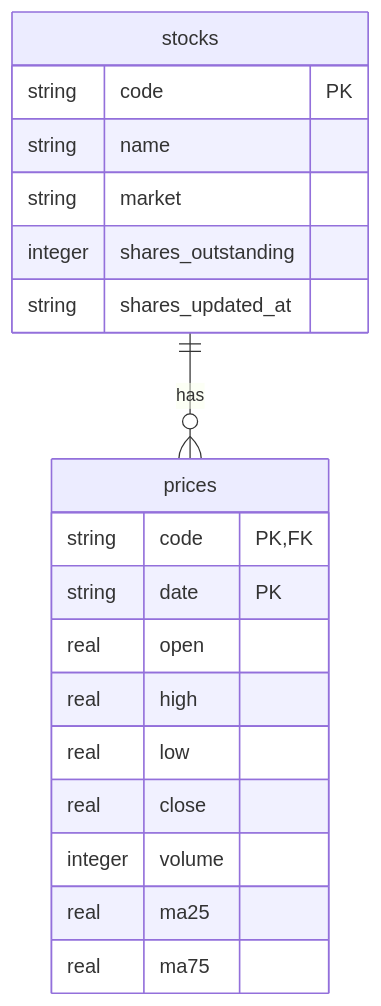
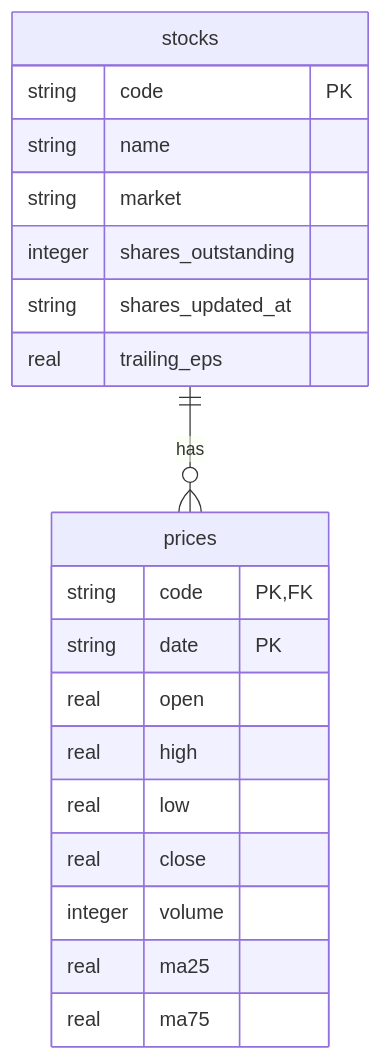
One commit to git-san-934/tse-price-db changed the second of 4 diagrams in docs/functional-design.md. Above: the diagram before and after it, drawn with Mermaid. The commit also changed other lines of this file and 9 other files, not shown here.

````diff
--- a/docs/functional-design.md
+++ b/docs/functional-design.md
@@ -47,22 +48,23 @@
 ```mermaid
 erDiagram
   stocks ||--o{ prices : has
   stocks {
     string code PK
     string name
     string market
     integer shares_outstanding
     string shares_updated_at
+    real trailing_eps
   }
   prices {
     string code PK, FK
     string date PK
     real open
     real high
     real low
     real close
     integer volume
     real ma25
     real ma75
   }
 ```
````
